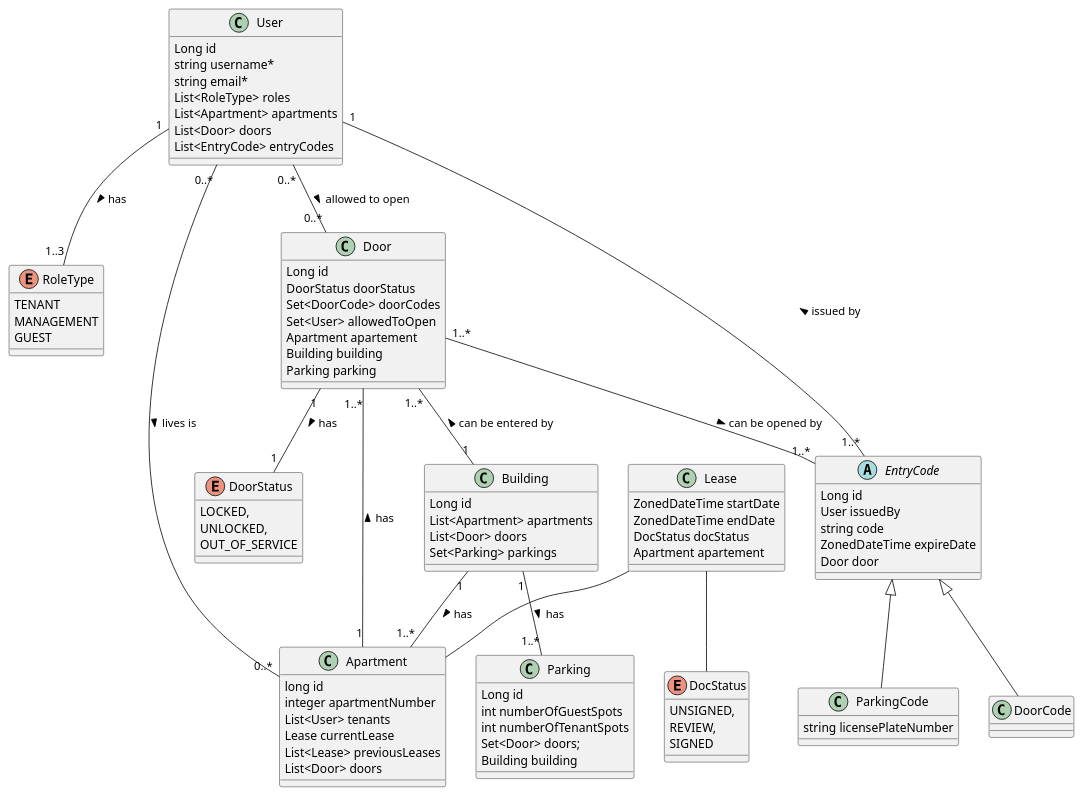
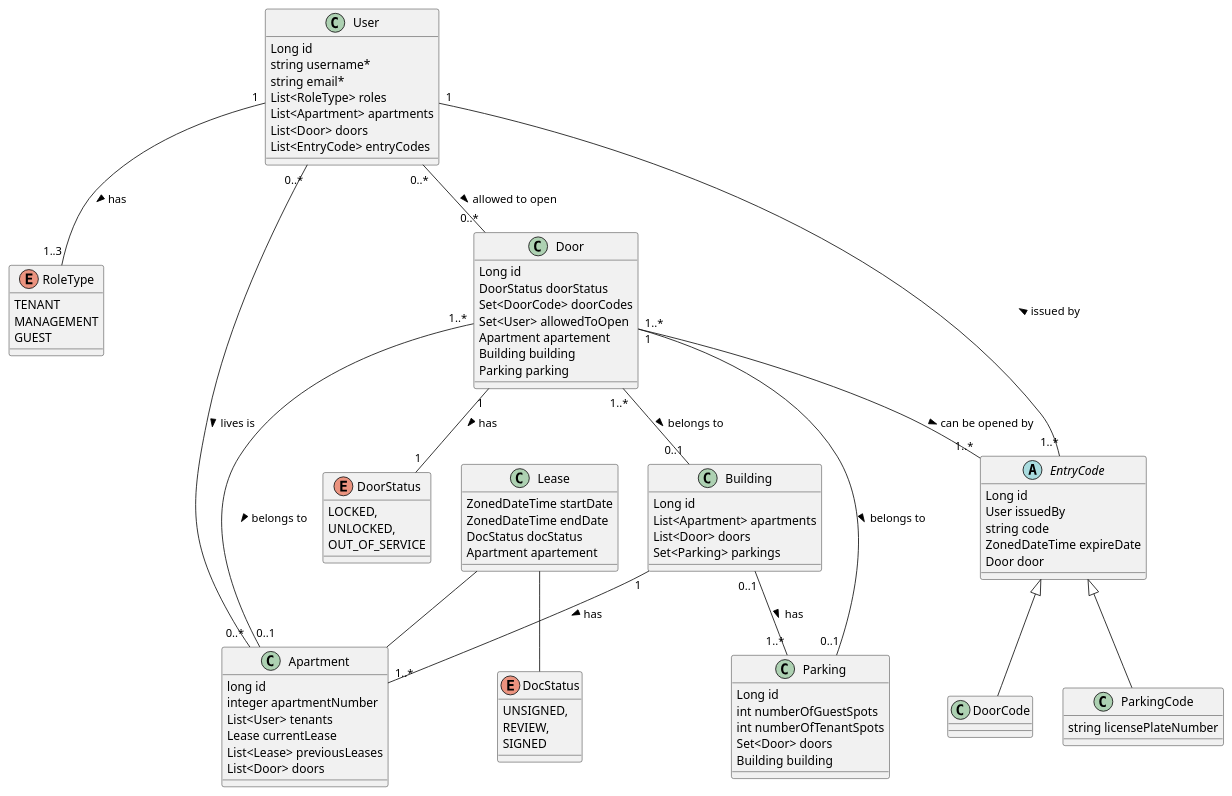
Before and after one commit to seancampbell3161/DSD-app: the diagram in super_backend/model.puml, drawn with PlantUML. The commit also changed 15 other files, not shown here.

```diff
--- a/super_backend/model.puml
+++ b/super_backend/model.puml
@@ -1,107 +1,107 @@
 @startuml
 class User{
 Long id
 string username*
 string email*
 List<RoleType> roles
 List<Apartment> apartments
 List<Door> doors
 List<EntryCode> entryCodes
 }
 
 enum RoleType{
 TENANT
 MANAGEMENT
 GUEST
 }
 
 class Apartment {
 long id
 integer apartmentNumber
 List<User> tenants
 Lease currentLease
 List<Lease> previousLeases
 List<Door> doors
 }
 
 
 
 class Building {
 Long id
 List<Apartment> apartments
 List<Door> doors
 Set<Parking> parkings
 }
 
 class Door{
 Long id
 DoorStatus doorStatus
 Set<DoorCode> doorCodes
 Set<User> allowedToOpen
 Apartment apartement
 Building building
 Parking parking
 }
 
 class Parking {
 Long id
 int numberOfGuestSpots
 int numberOfTenantSpots
-Set<Door> doors;
+Set<Door> doors
 Building building
 }
 
 enum DoorStatus{
 LOCKED,
 UNLOCKED,
 OUT_OF_SERVICE
 }
 
 abstract class EntryCode {
 Long id
 User issuedBy
 string code
 ZonedDateTime expireDate
 Door door
 }
 
 class DoorCode extends EntryCode {
 }
 
 class ParkingCode extends EntryCode {
 string licensePlateNumber
 }
 
 class Lease {
 ZonedDateTime startDate
 ZonedDateTime endDate
 DocStatus docStatus
 Apartment apartement
 }
 
 enum DocStatus {
 UNSIGNED,
 REVIEW,
 SIGNED
 }
 
 
 
 User "1" -- "1..3" RoleType : > has
 Lease -- DocStatus
 Lease -- Apartment
 User "0..*" -- "0..*" Apartment : > lives is
 Building "1" -- "1..*" Apartment : > has
-Door "1..*" -- "1" Building : < can be entered by
-Door "1..*" -- "1" Apartment: < has
+Door "1..*" -- "0..1" Building : > belongs to
+Door "1..*" -- "0..1" Apartment: > belongs to
 Door "1" -- "1" DoorStatus : > has
 Door "1..*" -- "1..*" EntryCode : > can be opened by
 EntryCode "1..*" -- "1" User :  > issued by
 User "0..*" -- "0..*" Door : > allowed to open
-Building "1" -- "1..*" Parking : > has
-
+Building "0..1" -- "1..*" Parking : > has
+Parking "0..1" -- "1" Door : < belongs to
 
 
 
 
 @enduml
```
